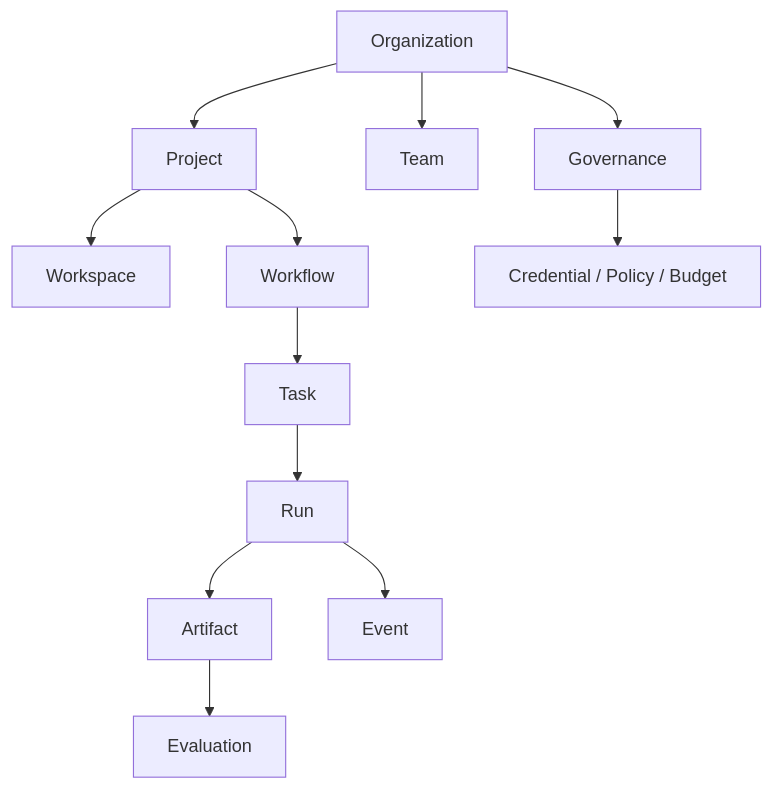
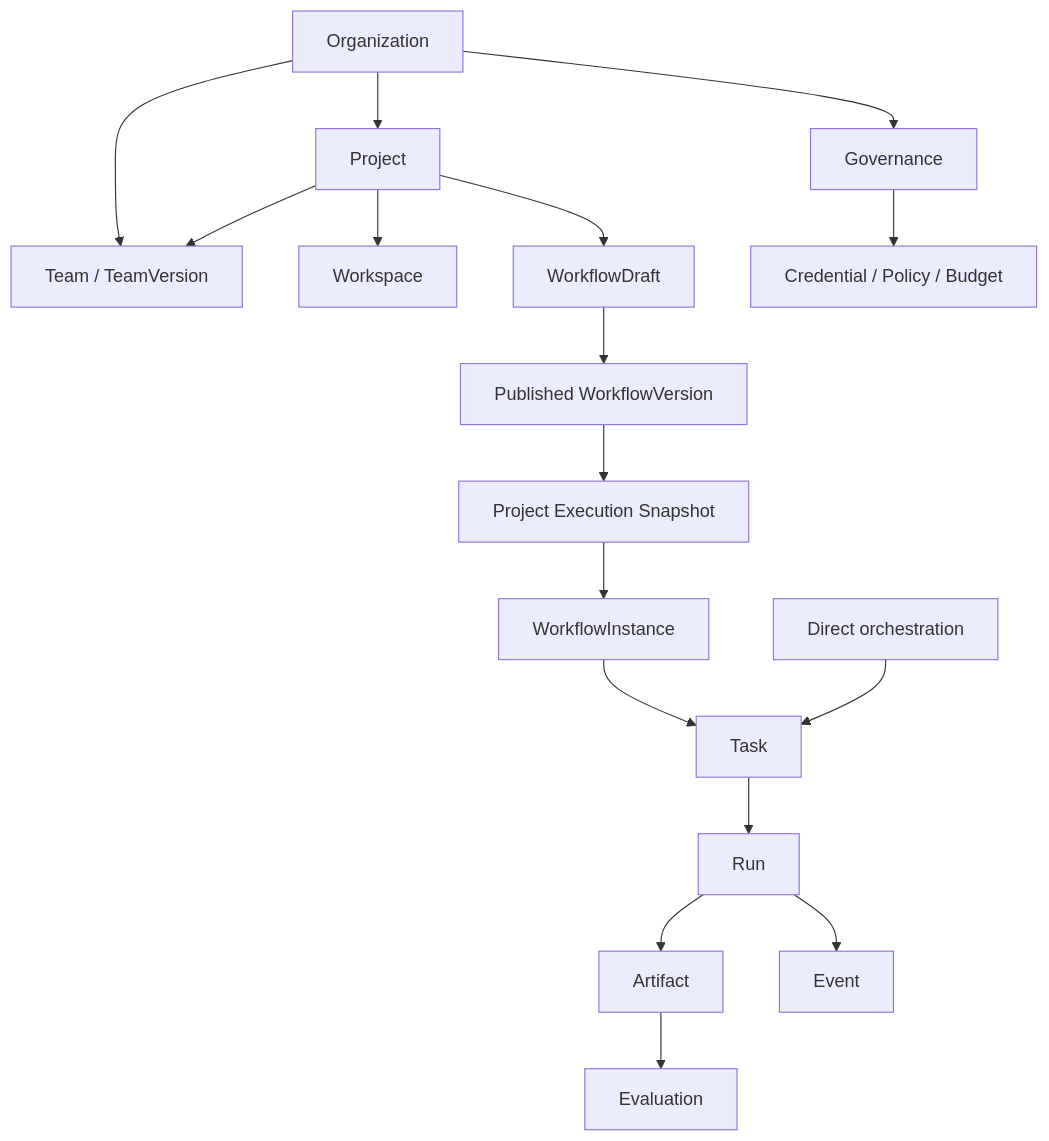
Before and after one commit to nicechencs/workforce: the diagram in docs/blueprint/02-domain-model.md, drawn with Mermaid. The commit also changed other lines of this file and 29 other files, not shown here.

First line of the commit message:
docs: align D15-D18 contracts, flows, and docs checks

````diff
--- a/docs/blueprint/02-domain-model.md
+++ b/docs/blueprint/02-domain-model.md
@@ -20,14 +28,19 @@
 ```mermaid
 flowchart TD
   O[Organization] --> P[Project]
-  O --> T[Team]
+  O --> T[Team / TeamVersion]
   O --> G[Governance]
   P --> W[Workspace]
-  P --> F[Workflow]
-  F --> K[Task]
+  P --> T
+  P --> Draft[WorkflowDraft]
+  Draft --> Published[Published WorkflowVersion]
+  Published --> Snapshot[Project Execution Snapshot]
+  Snapshot --> I[WorkflowInstance]
+  I --> K[Task]
   K --> R[Run]
   R --> A[Artifact]
   R --> E[Event]
+  Direct[Direct orchestration] --> K
   A --> V[Evaluation]
   G --> C[Credential / Policy / Budget]
 ```
````
